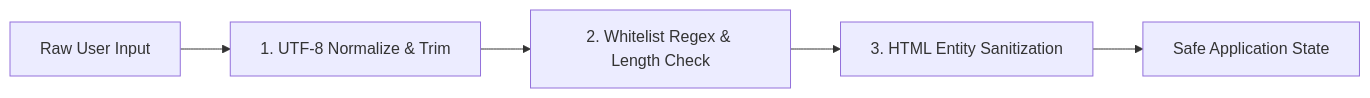
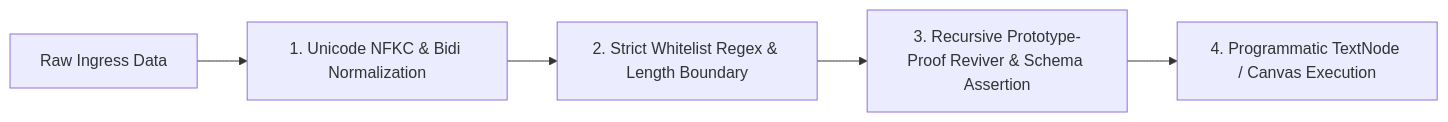
The diagram in docs/security/04-input-validation-and-sanitization-pipeline.md (piyushmakhija28/countdown-lockscreen-challenge), drawn with Mermaid before and after one commit. The commit also changed other lines of this file and 49 other files, not shown here.

Commit message:
docs(audit): complete 66-doc synchronization, security hardening, and architectural deepening to Level 2.2 standard

````diff
--- a/docs/security/04-input-validation-and-sanitization-pipeline.md
+++ b/docs/security/04-input-validation-and-sanitization-pipeline.md
@@ -15,7 +17,7 @@
 ```mermaid
 graph LR
-    RawInput[Raw User Input] --> Trim[1. UTF-8 Normalize & Trim]
-    Trim --> Regex[2. Whitelist Regex & Length Check]
-    Regex --> Escape[3. HTML Entity Sanitization]
-    Escape --> SafeState[Safe Application State]
+    RawInput[Raw Ingress Data] --> Stage1[1. Unicode NFKC & Bidi Normalization]
+    Stage1 --> Stage2[2. Strict Whitelist Regex & Length Boundary]
+    Stage2 --> Stage3[3. Recursive Prototype-Proof Reviver & Schema Assertion]
+    Stage3 --> Stage4[4. Programmatic TextNode / Canvas Execution]
 ```
````
